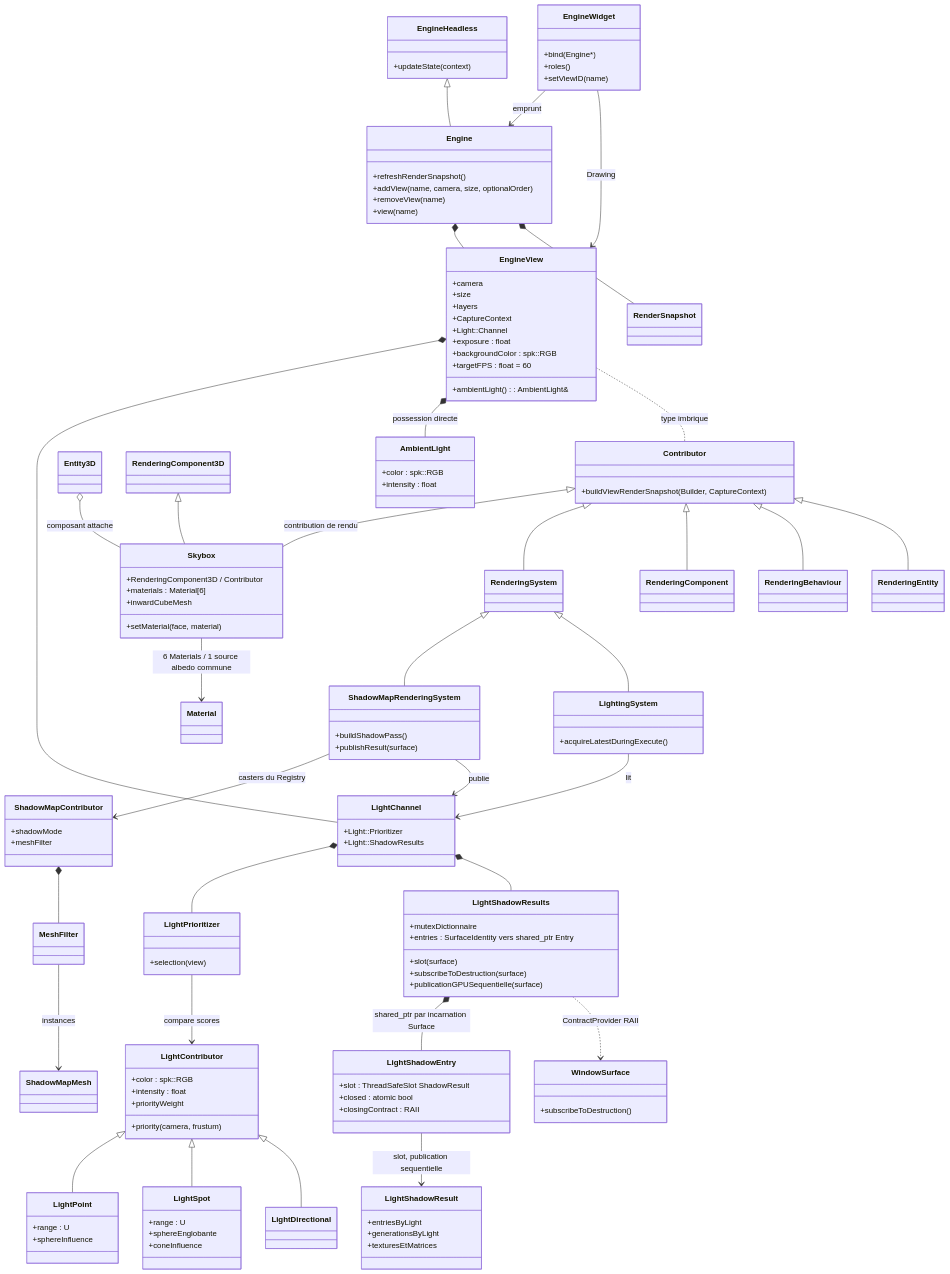
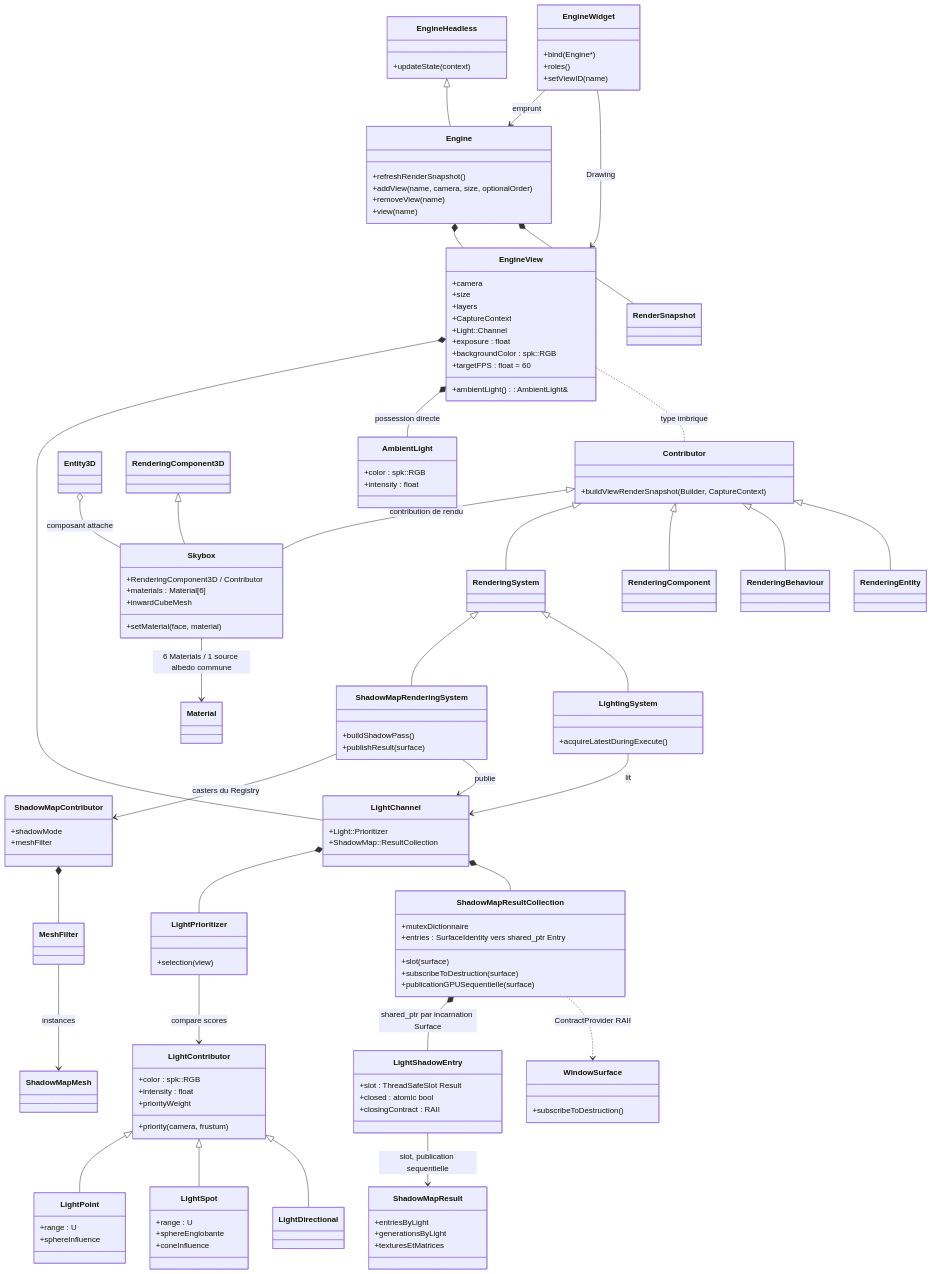
Before and after one commit to EreliaStudio/Sparkle: the first of 10 diagrams in docs/voxel-engine-v0.1.4/07-vues-et-passes.md, drawn with Mermaid. The commit also changed other lines of this file and 5 other files, not shown here.

Commit message:
docs(PR21): use ShadowMap::Result and ResultCollection terminology

```diff
--- a/docs/voxel-engine-v0.1.4/07-vues-et-passes.md
+++ b/docs/voxel-engine-v0.1.4/07-vues-et-passes.md
@@ -53,12 +53,12 @@
   class RenderingEntity
   class LightChannel {
     +Light::Prioritizer
-    +Light::ShadowResults
+    +ShadowMap::ResultCollection
   }
   class LightPrioritizer {
     +selection(view)
   }
-  class LightShadowResults {
+  class ShadowMapResultCollection {
     +mutexDictionnaire
     +entries : SurfaceIdentity vers shared_ptr Entry
     +slot(surface)
@@ -66,11 +66,11 @@
     +publicationGPUSequentielle(surface)
   }
   class LightShadowEntry {
-    +slot : ThreadSafeSlot ShadowResult
+    +slot : ThreadSafeSlot Result
     +closed : atomic bool
     +closingContract : RAII
   }
-  class LightShadowResult {
+  class ShadowMapResult {
     +entriesByLight
     +generationsByLight
     +texturesEtMatrices
@@ -127,10 +127,10 @@
   Contributor <|-- RenderingBehaviour
   Contributor <|-- RenderingEntity
   LightChannel *-- LightPrioritizer
-  LightChannel *-- LightShadowResults
-  LightShadowResults *-- LightShadowEntry : shared_ptr par incarnation Surface
-  LightShadowEntry --> LightShadowResult : slot, publication sequentielle
-  LightShadowResults ..> WindowSurface : ContractProvider RAII
+  LightChannel *-- ShadowMapResultCollection
+  ShadowMapResultCollection *-- LightShadowEntry : shared_ptr par incarnation Surface
+  LightShadowEntry --> ShadowMapResult : slot, publication sequentielle
+  ShadowMapResultCollection ..> WindowSurface : ContractProvider RAII
   LightContributor <|-- LightPoint
   LightContributor <|-- LightSpot
   LightContributor <|-- LightDirectional
```
